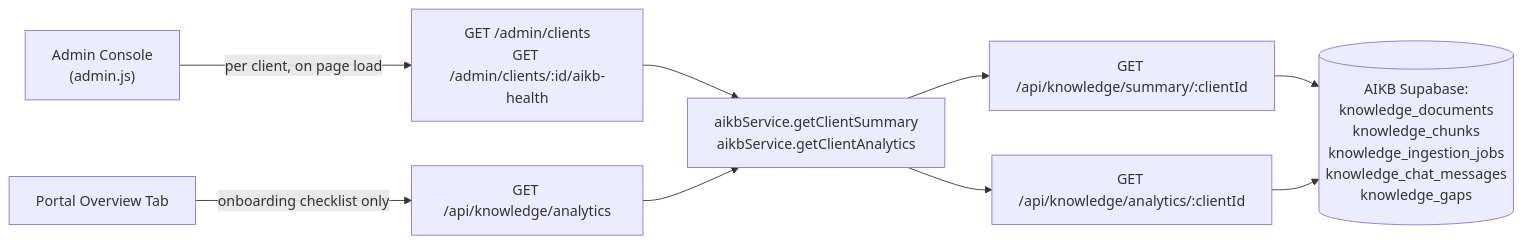
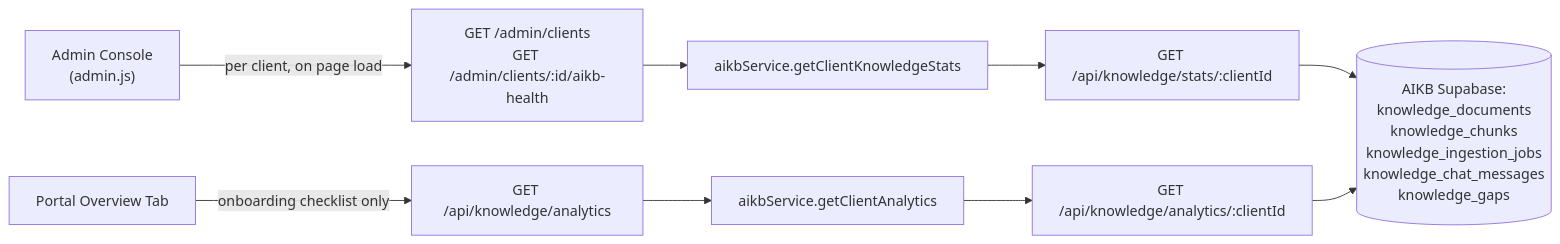
Before and after one commit to relativitysystems/Architecture: the diagram in product/KNOWLEDGE_ANALYTICS.md, drawn with Mermaid. The commit also changed other lines of this file and 4 other files, not shown here.

First line of the commit message:
Mark L5 complete: consolidated AIKB analytics endpoints implemented

````diff
--- a/product/KNOWLEDGE_ANALYTICS.md
+++ b/product/KNOWLEDGE_ANALYTICS.md
@@ -28,11 +29,11 @@
 ```mermaid
 flowchart LR
     Admin["Admin Console\n(admin.js)"] -->|per client, on page load| AdminRoute["GET /admin/clients\nGET /admin/clients/:id/aikb-health"]
     Portal["Portal Overview Tab"] -->|onboarding checklist only| PortalRoute["GET /api/knowledge/analytics"]
-    AdminRoute --> AikbSvc["aikbService.getClientSummary\naikbService.getClientAnalytics"]
-    PortalRoute --> AikbSvc
-    AikbSvc --> Summary["GET /api/knowledge/summary/:clientId"]
-    AikbSvc --> Analytics["GET /api/knowledge/analytics/:clientId"]
-    Summary --> DB[("AIKB Supabase:\nknowledge_documents\nknowledge_chunks\nknowledge_ingestion_jobs\nknowledge_chat_messages\nknowledge_gaps")]
+    AdminRoute --> StatsSvc["aikbService.getClientKnowledgeStats"]
+    PortalRoute --> AnalyticsSvc["aikbService.getClientAnalytics"]
+    StatsSvc --> Stats["GET /api/knowledge/stats/:clientId"]
+    AnalyticsSvc --> Analytics["GET /api/knowledge/analytics/:clientId"]
+    Stats --> DB[("AIKB Supabase:\nknowledge_documents\nknowledge_chunks\nknowledge_ingestion_jobs\nknowledge_chat_messages\nknowledge_gaps")]
     Analytics --> DB
 ```
````
